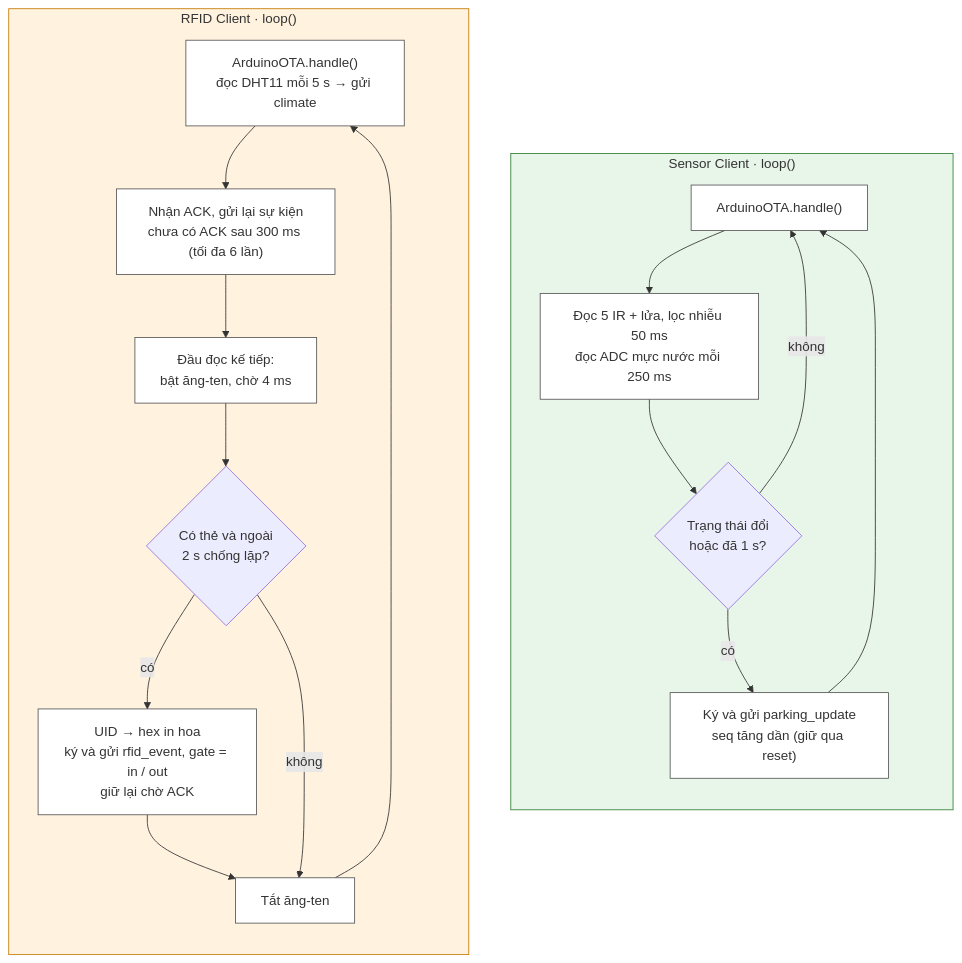
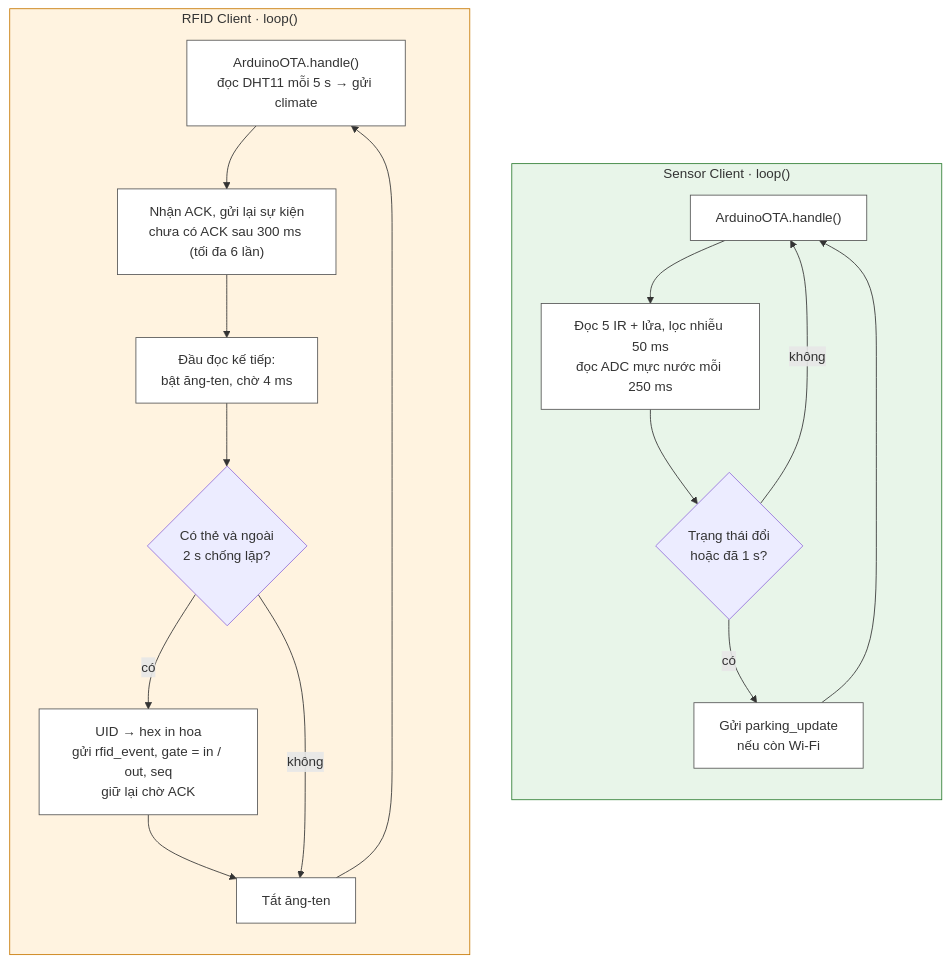
The diagram in report/diagrams/clientloops.mmd (thinhdinh25/INT3108_embedded-Smart-Parking-Project), drawn with Mermaid before and after one commit. The commit also changed 57 other files, not shown here.

```diff
--- a/report/diagrams/clientloops.mmd
+++ b/report/diagrams/clientloops.mmd
@@ -1,21 +1,21 @@
 flowchart TB
   subgraph SCL["Sensor Client · loop()"]
     direction TB
     a1["ArduinoOTA.handle()"] --> a2["Đọc 5 IR + lửa, lọc nhiễu 50 ms<br/>đọc ADC mực nước mỗi 250 ms"]
     a2 --> a3{"Trạng thái đổi<br/>hoặc đã 1 s?"}
-    a3 -- có --> a4["Ký và gửi parking_update<br/>seq tăng dần (giữ qua reset)"] --> a1
+    a3 -- có --> a4["Gửi parking_update<br/>nếu còn Wi-Fi"] --> a1
     a3 -- không --> a1
   end
   subgraph RCL["RFID Client · loop()"]
     direction TB
     b1["ArduinoOTA.handle()<br/>đọc DHT11 mỗi 5 s → gửi climate"] --> b0["Nhận ACK, gửi lại sự kiện<br/>chưa có ACK sau 300 ms (tối đa 6 lần)"]
     b0 --> b2["Đầu đọc kế tiếp:<br/>bật ăng-ten, chờ 4 ms"]
     b2 --> b3{"Có thẻ và ngoài<br/>2 s chống lặp?"}
-    b3 -- có --> b4["UID → hex in hoa<br/>ký và gửi rfid_event, gate = in / out<br/>giữ lại chờ ACK"] --> b5
+    b3 -- có --> b4["UID → hex in hoa<br/>gửi rfid_event, gate = in / out, seq<br/>giữ lại chờ ACK"] --> b5
     b3 -- không --> b5["Tắt ăng-ten"]
     b5 --> b1
   end
   style SCL fill:#E8F5E9,stroke:#2E7D32
   style RCL fill:#FFF3E0,stroke:#C77700
   classDef n fill:#ffffff,stroke:#555;
   class a1,a2,a4,b0,b1,b2,b4,b5 n;
```
